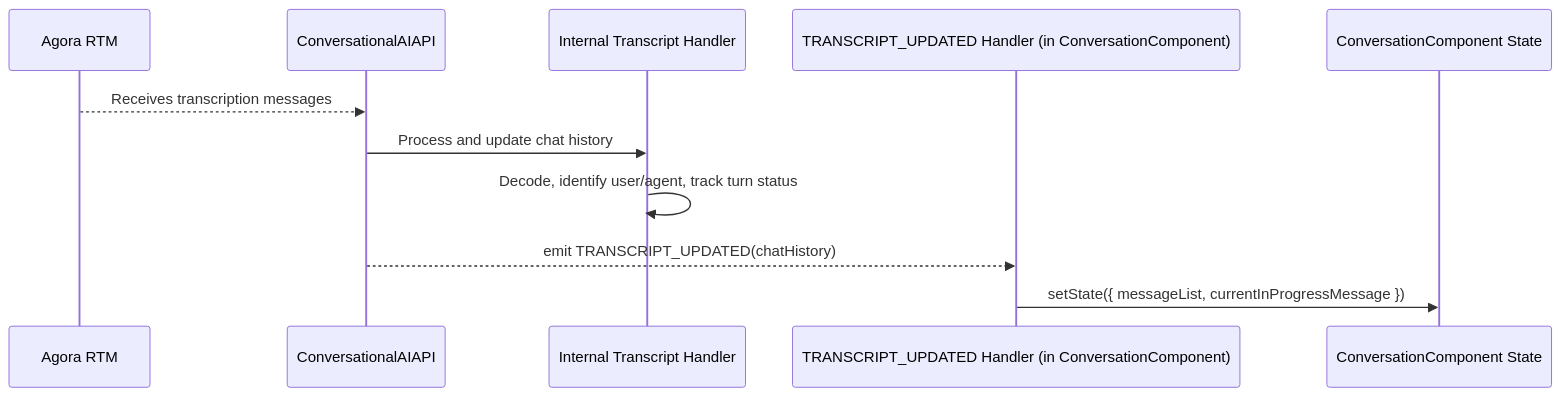
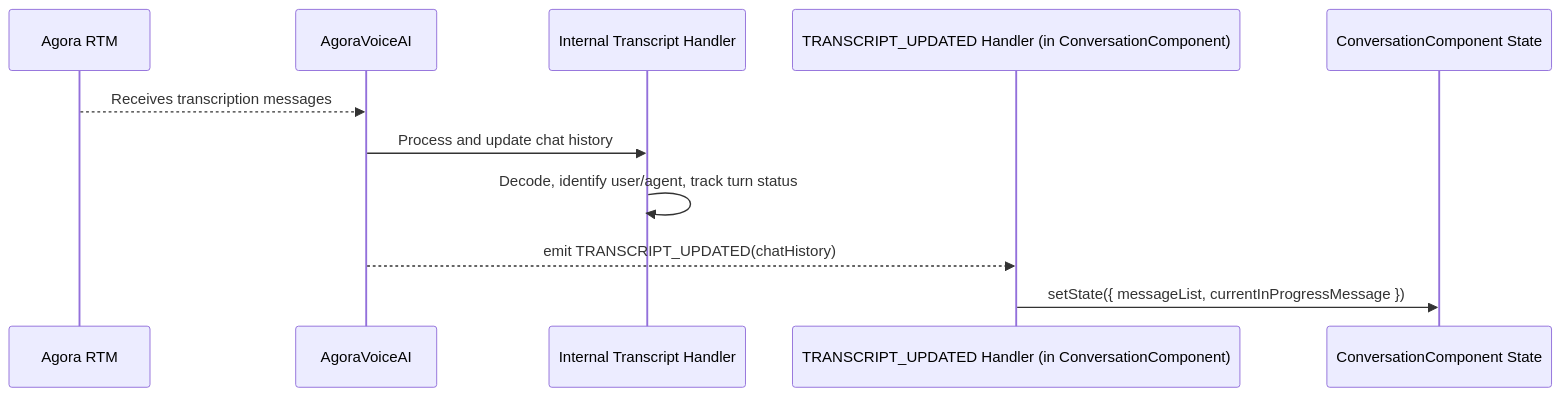
One commit to AgoraIO-Conversational-AI/agora-convoai-quickstart-nextjs changed the third of 3 diagrams in DOCS/TEXT_STREAMING_GUIDE.md. Above: the diagram before and after it, drawn with Mermaid. The commit also changed other lines of this file and 1 other file, not shown here.

````diff
--- a/DOCS/TEXT_STREAMING_GUIDE.md
+++ b/DOCS/TEXT_STREAMING_GUIDE.md
@@ -515,14 +524,14 @@
 ```mermaid
 sequenceDiagram
     participant RTM as Agora RTM
-    participant API as ConversationalAIAPI
+    participant API as AgoraVoiceAI
     participant Handler as Internal Transcript Handler
     participant Callback as TRANSCRIPT_UPDATED Handler (in ConversationComponent)
     participant State as ConversationComponent State
 
     RTM-->>API: Receives transcription messages
     API->>Handler: Process and update chat history
     Handler->>Handler: Decode, identify user/agent, track turn status
     API-->>Callback: emit TRANSCRIPT_UPDATED(chatHistory)
     Callback->>State: setState({ messageList, currentInProgressMessage })
 ```
````
